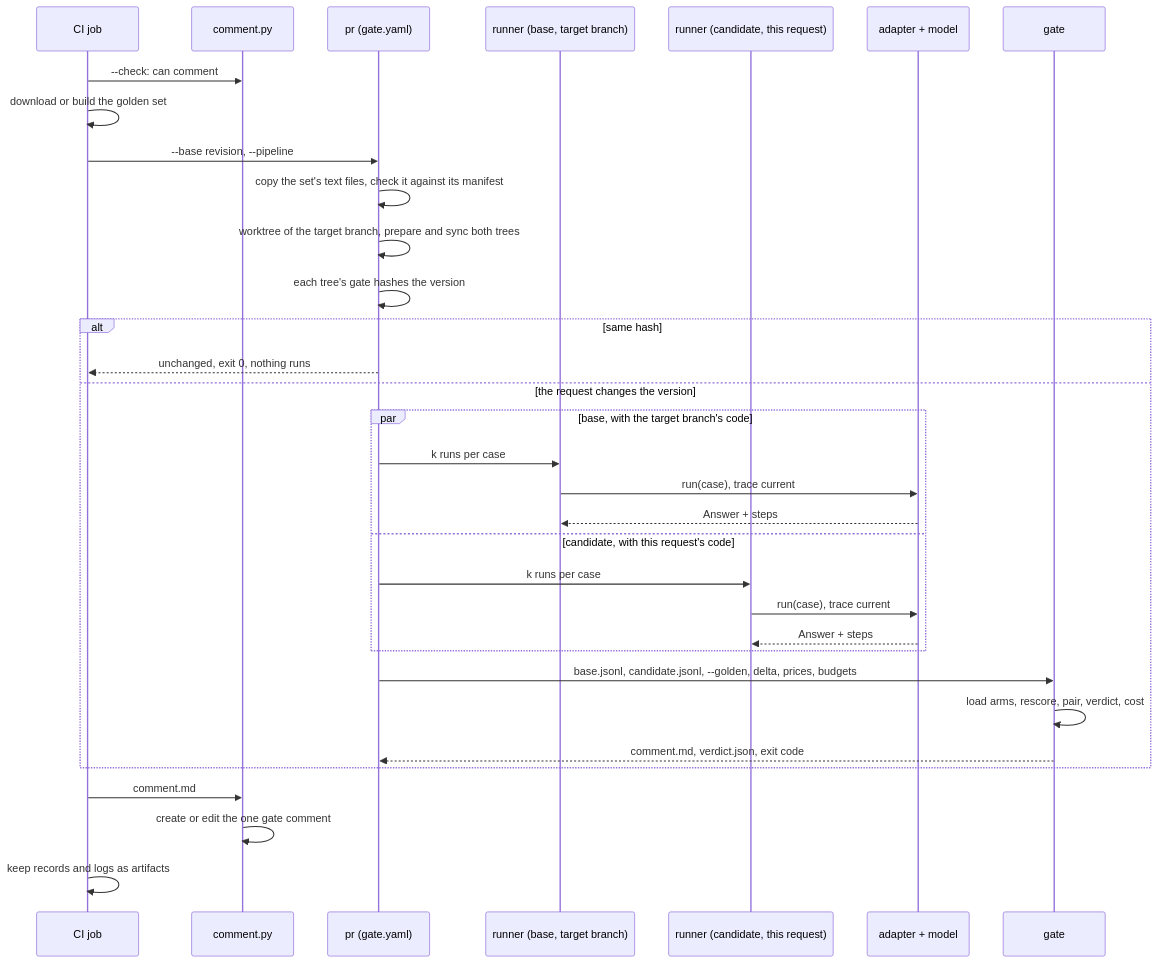
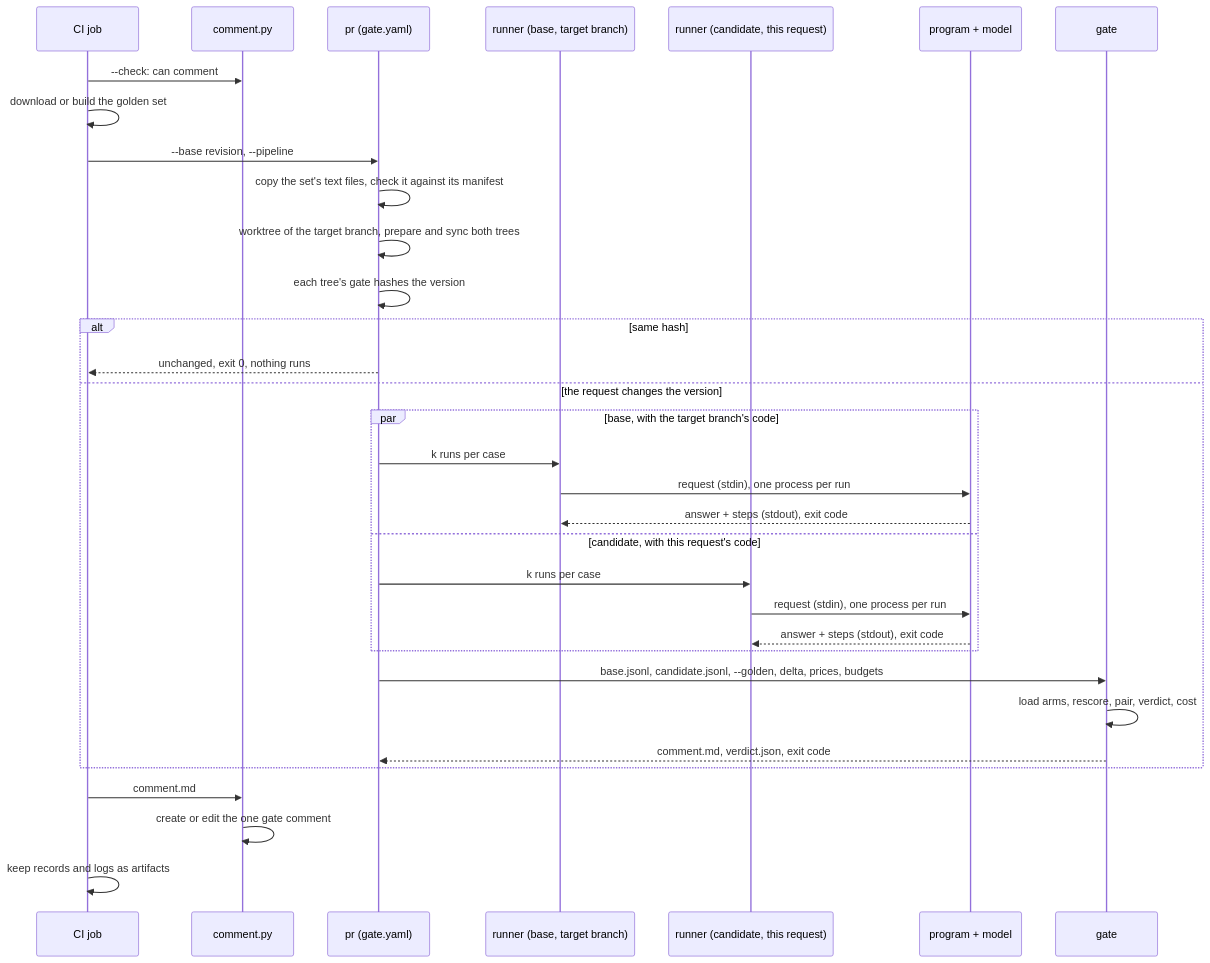
The second of 2 diagrams in docs/design.md (Ilya-Grigoryev/llm-release-gate), drawn with Mermaid before and after one commit. The commit also changed other lines of this file and 12 other files, not shown here.

````diff
--- a/docs/design.md
+++ b/docs/design.md
@@ -259,35 +257,35 @@
 ```mermaid
 sequenceDiagram
     participant CI as CI job
     participant C as comment.py
     participant SH as pr (gate.yaml)
     participant RB as runner (base, target branch)
     participant RC as runner (candidate, this request)
-    participant AD as adapter + model
+    participant AD as program + model
     participant G as gate
     CI->>C: --check: can comment
     CI->>CI: download or build the golden set
     CI->>SH: --base revision, --pipeline
     SH->>SH: copy the set's text files, check it against its manifest
     SH->>SH: worktree of the target branch, prepare and sync both trees
     SH->>SH: each tree's gate hashes the version
     alt same hash
         SH-->>CI: unchanged, exit 0, nothing runs
     else the request changes the version
         par base, with the target branch's code
             SH->>RB: k runs per case
-            RB->>AD: run(case), trace current
-            AD-->>RB: Answer + steps
+            RB->>AD: request (stdin), one process per run
+            AD-->>RB: answer + steps (stdout), exit code
         and candidate, with this request's code
             SH->>RC: k runs per case
-            RC->>AD: run(case), trace current
-            AD-->>RC: Answer + steps
+            RC->>AD: request (stdin), one process per run
+            AD-->>RC: answer + steps (stdout), exit code
         end
         SH->>G: base.jsonl, candidate.jsonl, --golden, delta, prices, budgets
         G->>G: load arms, rescore, pair, verdict, cost
         G-->>SH: comment.md, verdict.json, exit code
     end
     CI->>C: comment.md
     C->>C: create or edit the one gate comment
     CI->>CI: keep records and logs as artifacts
 ```
````
